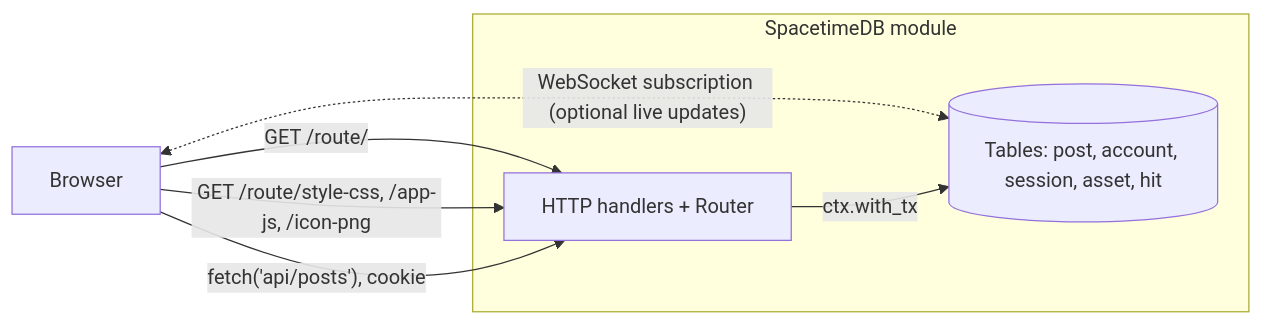
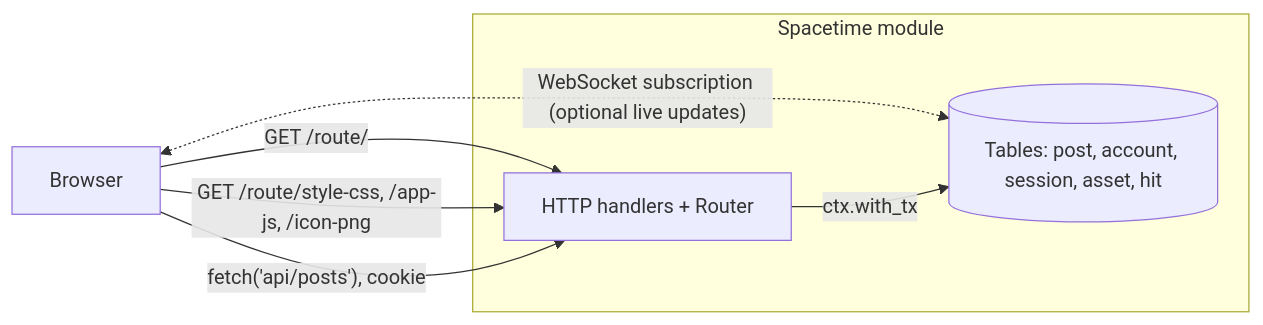
The diagram in README.md (Gazz-Stripbolt/spacetimedb-http-site), drawn with Mermaid before and after one commit. The commit also changed other lines of this file and 1 other file, not shown here.

First line of the commit message:
Docs: SpacetimeDB is now Spacetime

````diff
--- a/README.md
+++ b/README.md
@@ -62,10 +62,10 @@
 ```mermaid
 flowchart LR
     B[Browser] -- "GET /route/" --> H
     B -- "GET /route/style-css, /app-js, /icon-png" --> H
     B -- "fetch('api/posts'), cookie" --> H
     B <-. "WebSocket subscription (optional live updates)" .-> T
-    subgraph M [SpacetimeDB module]
+    subgraph M [Spacetime module]
       H["HTTP handlers + Router"] -- "ctx.with_tx" --> T[("Tables: post, account, session, asset, hit")]
     end
 ```
````
